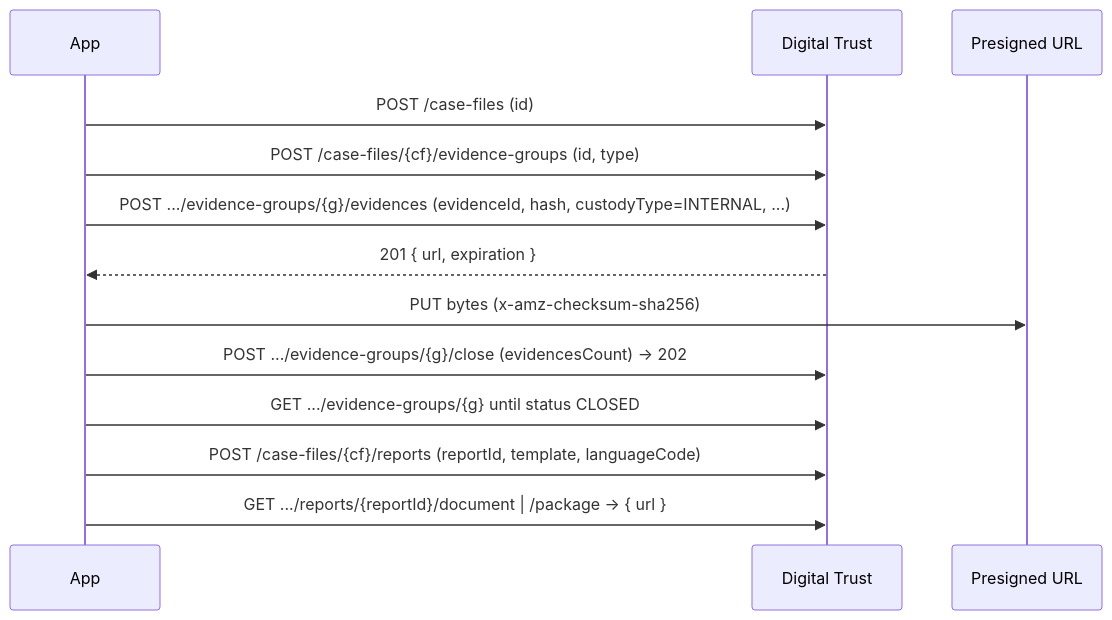
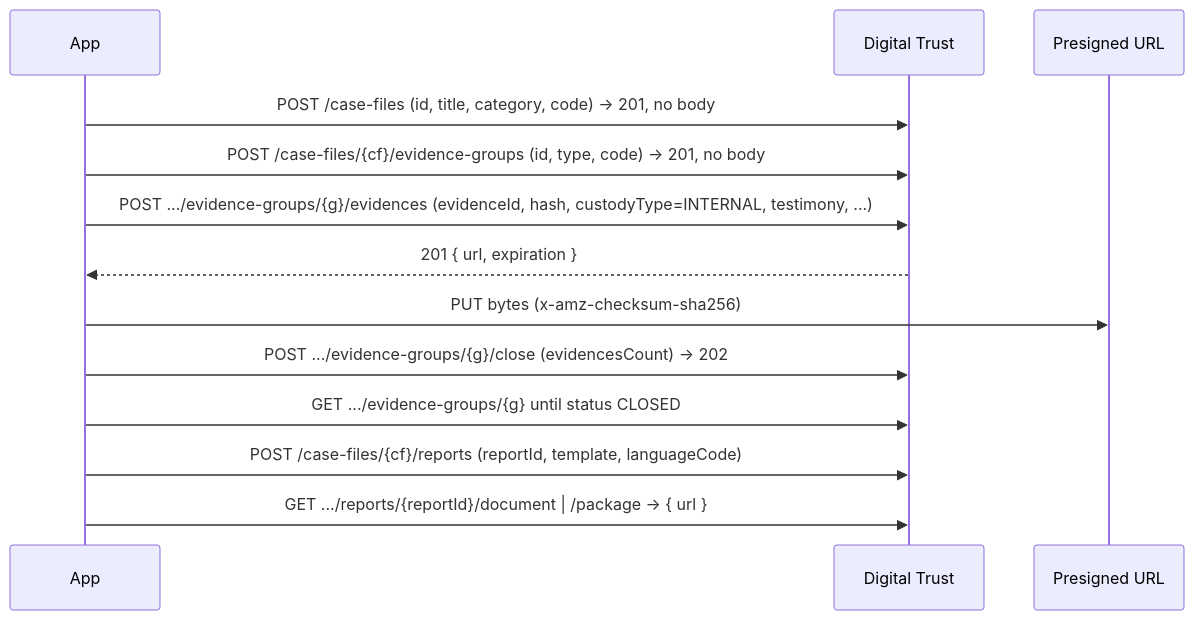
One commit to g-digital-by-Garrigues/EAD-Factory-MCP changed the first of 2 diagrams in .claude/skills/ead-factory-api/SKILL.md. Above: the diagram before and after it, drawn with Mermaid. The commit also changed other lines of this file and 7 other files, not shown here.

````diff
--- a/.claude/skills/ead-factory-api/SKILL.md
+++ b/.claude/skills/ead-factory-api/SKILL.md
@@ -79,15 +85,15 @@
 ```mermaid
 sequenceDiagram
     participant App
     participant DT as Digital Trust
     participant S3 as Presigned URL
-    App->>DT: POST /case-files (id)
-    App->>DT: POST /case-files/{cf}/evidence-groups (id, type)
-    App->>DT: POST .../evidence-groups/{g}/evidences (evidenceId, hash, custodyType=INTERNAL, ...)
+    App->>DT: POST /case-files (id, title, category, code) → 201, no body
+    App->>DT: POST /case-files/{cf}/evidence-groups (id, type, code) → 201, no body
+    App->>DT: POST .../evidence-groups/{g}/evidences (evidenceId, hash, custodyType=INTERNAL, testimony, ...)
     DT-->>App: 201 { url, expiration }
     App->>S3: PUT bytes (x-amz-checksum-sha256)
     App->>DT: POST .../evidence-groups/{g}/close (evidencesCount) → 202
     App->>DT: GET .../evidence-groups/{g} until status CLOSED
     App->>DT: POST /case-files/{cf}/reports (reportId, template, languageCode)
     App->>DT: GET .../reports/{reportId}/document | /package → { url }
 ```
````
